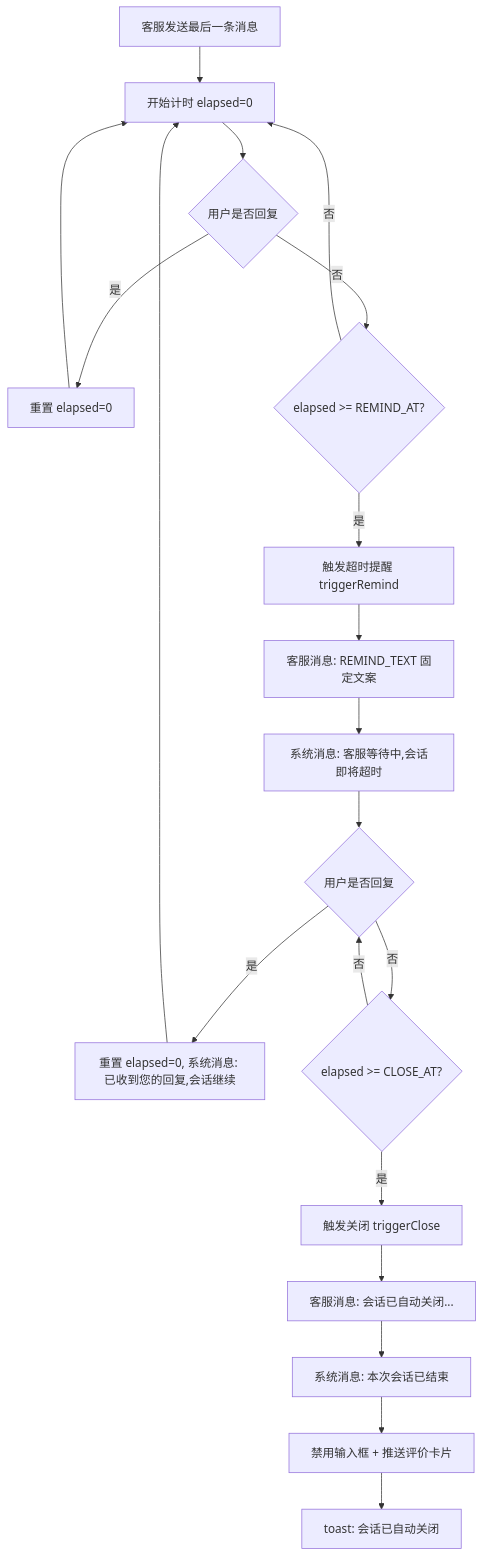
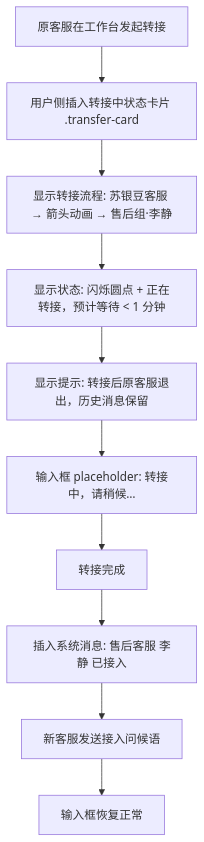
Before and after one commit to lyuxiaohei/OCS: the seventh of 9 diagrams in prototype-cs/user/PRD/02-聊天主界面.md, drawn with Mermaid. The commit also changed other lines of this file and 29 other files, not shown here.

````diff
--- a/prototype-cs/user/PRD/02-聊天主界面.md
+++ b/prototype-cs/user/PRD/02-聊天主界面.md
@@ -538,22 +218,12 @@
 ```mermaid
 flowchart TD
-    A[客服发送最后一条消息] --> B[开始计时 elapsed=0]
-    B --> C{用户是否回复}
-    C -->|是| D[重置 elapsed=0]
-    D --> B
-    C -->|否| E{elapsed >= REMIND_AT?}
-    E -->|否| B
-    E -->|是| F[触发超时提醒 triggerRemind]
-    F --> G[客服消息: REMIND_TEXT 固定文案]
-    G --> H[系统消息: 客服等待中,会话即将超时]
-    H --> I{用户是否回复}
-    I -->|是| J[重置 elapsed=0, 系统消息: 已收到您的回复,会话继续]
-    J --> B
-    I -->|否| K{elapsed >= CLOSE_AT?}
-    K -->|否| I
-    K -->|是| L[触发关闭 triggerClose]
-    L --> M[客服消息: 会话已自动关闭...]
-    M --> N[系统消息: 本次会话已结束]
-    N --> O[禁用输入框 + 推送评价卡片]
-    O --> P[toast: 会话已自动关闭]
+    A[原客服在工作台发起转接] --> B[用户侧插入转接中状态卡片 .transfer-card]
+    B --> C[显示转接流程: 苏银豆客服 → 箭头动画 → 售后组·李静]
+    C --> D[显示状态: 闪烁圆点 + 正在转接，预计等待 < 1 分钟]
+    D --> E[显示提示: 转接后原客服退出，历史消息保留]
+    E --> F[输入框 placeholder: 转接中，请稍候…]
+    F --> G[转接完成]
+    G --> H[插入系统消息: 售后客服 李静 已接入]
+    H --> I[新客服发送接入问候语]
+    I --> J[输入框恢复正常]
 ```
````
